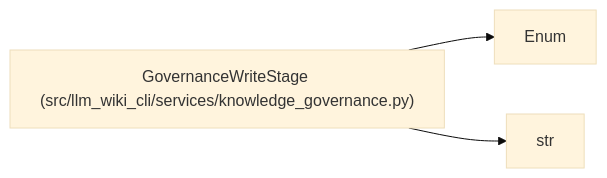
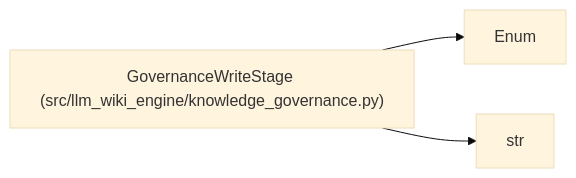
One commit to Denissvgn/python-wiki-llm changed the diagram in docs/llm_wiki/entities/GovernanceWriteStage.md. Above: the diagram before and after it, drawn with Mermaid (base theme). The commit also changed other lines of this file and 1058 other files, not shown here.

First line of the commit message:
docs: refresh the wiki for the knowledge store move

````diff
--- a/docs/llm_wiki/entities/GovernanceWriteStage.md
+++ b/docs/llm_wiki/entities/GovernanceWriteStage.md
@@ -27,9 +27,9 @@
 ```mermaid
 flowchart LR
-    n0["GovernanceWriteStage (src/llm_wiki_cli/services/knowledge_governance.py)"]
+    n0["GovernanceWriteStage (src/llm_wiki_engine/knowledge_governance.py)"]
     n1["Enum"]
     n2["str"]
     n0 --> n1
     n0 --> n2
     click n0 "../modules/knowledge_governance.md"
 ```
````
